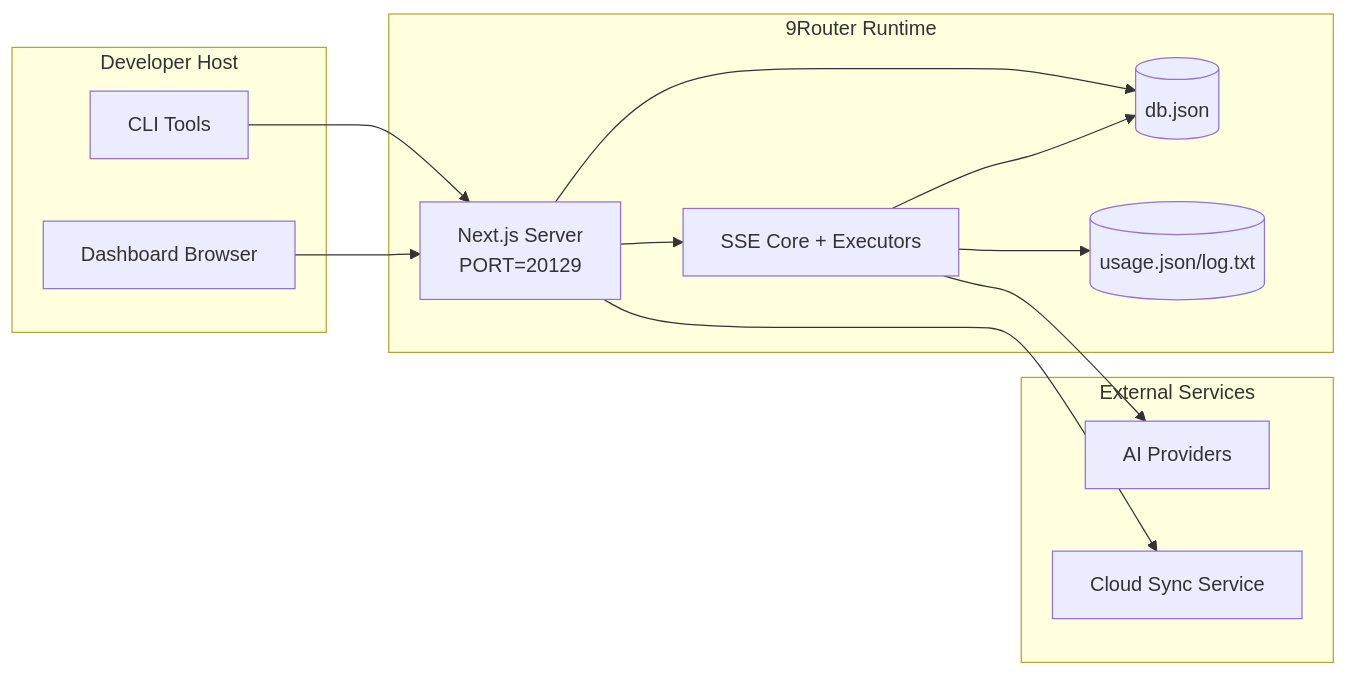
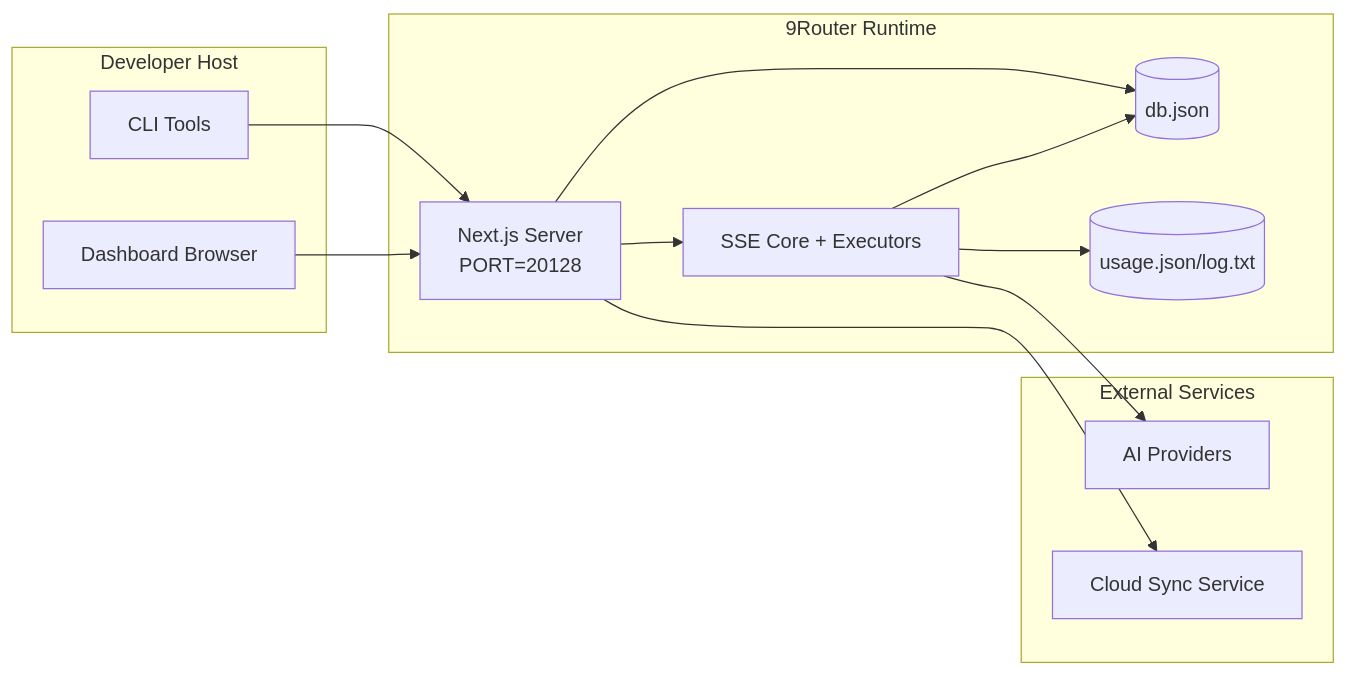
The seventh of 7 diagrams in docs/ARCHITECTURE.md (hieuduongzx/9router), drawn with Mermaid before and after one commit. The commit also changed other lines of this file and 193 other files, not shown here.

````diff
--- a/docs/ARCHITECTURE.md
+++ b/docs/ARCHITECTURE.md
@@ -387,28 +387,28 @@
 ```mermaid
 flowchart LR
     subgraph LocalHost[Developer Host]
         CLI[CLI Tools]
         Browser[Dashboard Browser]
     end
 
     subgraph ContainerOrProcess[9Router Runtime]
-        Next[Next.js Server\nPORT=20129]
+        Next[Next.js Server\nPORT=20128]
         Core[SSE Core + Executors]
         MainDB[(db.json)]
         UsageDB[(usage.json/log.txt)]
     end
 
     subgraph External[External Services]
         Providers[AI Providers]
         SyncCloud[Cloud Sync Service]
     end
 
     CLI --> Next
     Browser --> Next
     Next --> Core
     Next --> MainDB
     Core --> MainDB
     Core --> UsageDB
     Core --> Providers
     Next --> SyncCloud
 ```
````
